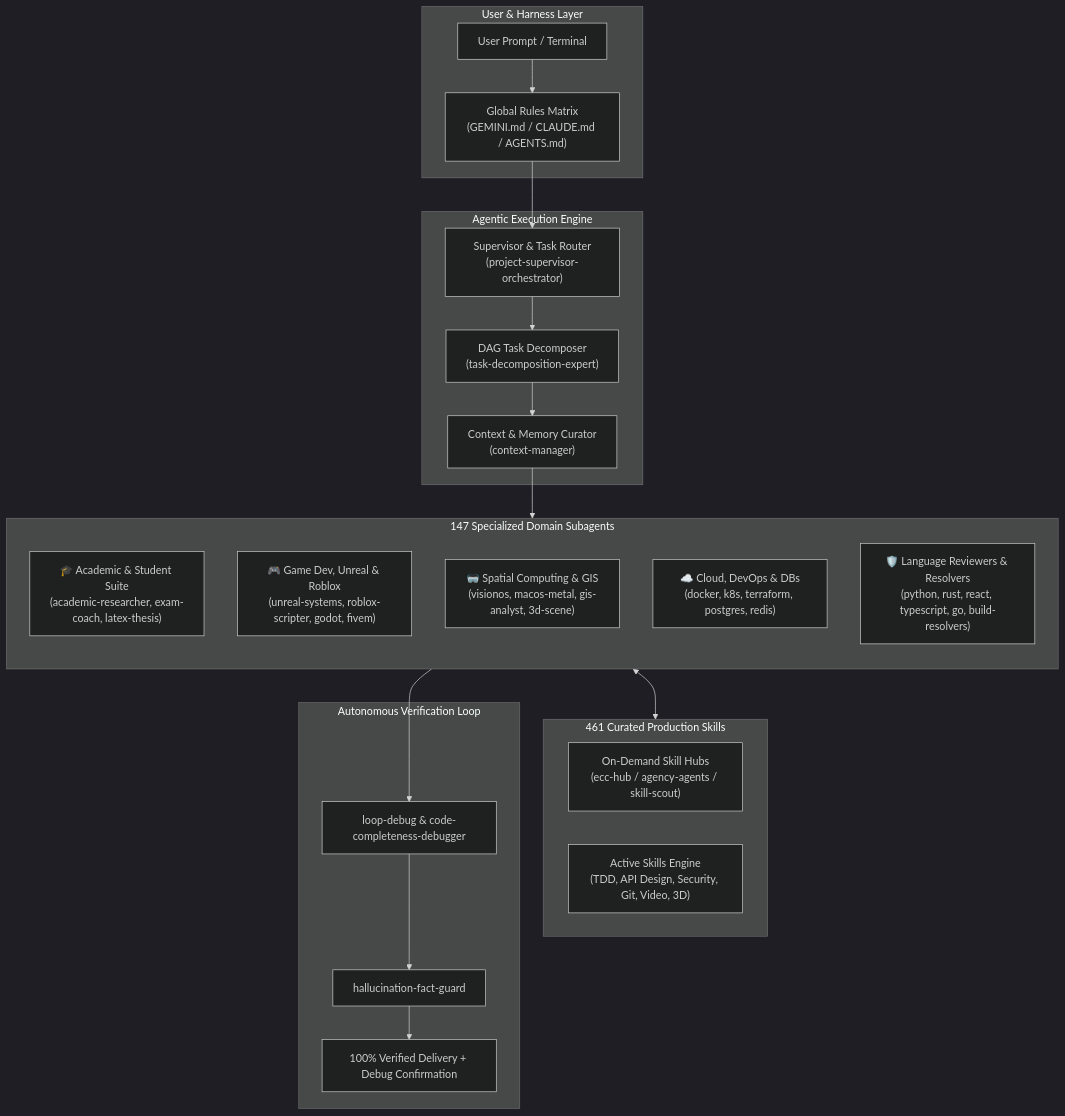
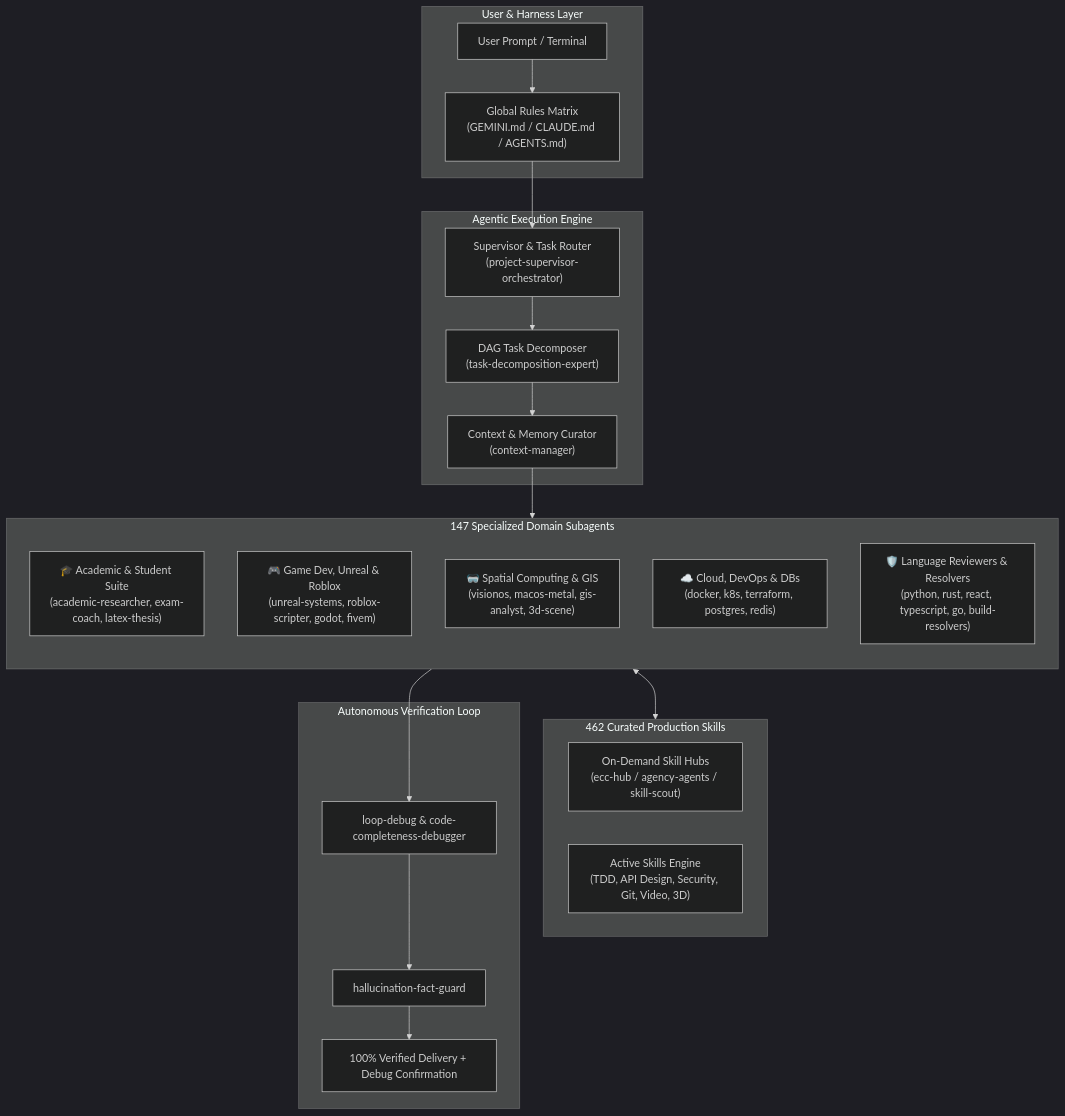
The diagram in README.md (Osama-Alzahrani-UQU/OmniAgentic), drawn with Mermaid (dark theme) before and after one commit. The commit also changed other lines of this file and 18 other files, not shown here.

````diff
--- a/README.md
+++ b/README.md
@@ -130,50 +130,50 @@
 ```mermaid
 flowchart TD
     subgraph UserInterface["User & Harness Layer"]
         CLI["User Prompt / Terminal"]
         Rules["Global Rules Matrix
 (GEMINI.md / CLAUDE.md / AGENTS.md)"]
     end
 
     subgraph CoreEngine["Agentic Execution Engine"]
         Supervisor["Supervisor & Task Router
 (project-supervisor-orchestrator)"]
         Decomposer["DAG Task Decomposer
 (task-decomposition-expert)"]
         ContextMgr["Context & Memory Curator
 (context-manager)"]
     end
 
     subgraph AgentFleet["147 Specialized Domain Subagents"]
         direction TB
         Academic["🎓 Academic & Student Suite
 (academic-researcher, exam-coach, latex-thesis)"]
         GameDev["🎮 Game Dev, Unreal & Roblox
 (unreal-systems, roblox-scripter, godot, fivem)"]
         Spatial["🥽 Spatial Computing & GIS
 (visionos, macos-metal, gis-analyst, 3d-scene)"]
         CloudDB["☁️ Cloud, DevOps & DBs
 (docker, k8s, terraform, postgres, redis)"]
         CodeReview["🛡️ Language Reviewers & Resolvers
 (python, rust, react, typescript, go, build-resolvers)"]
     end
 
-    subgraph SkillsMatrix["461 Curated Production Skills"]
+    subgraph SkillsMatrix["462 Curated Production Skills"]
         SkillsHub["On-Demand Skill Hubs
 (ecc-hub / agency-agents / skill-scout)"]
         ActiveSkills["Active Skills Engine
 (TDD, API Design, Security, Git, Video, 3D)"]
     end
 
     subgraph QualityGate["Autonomous Verification Loop"]
         Verifier["loop-debug & code-completeness-debugger"]
         FactGuard["hallucination-fact-guard"]
         Delivery["100% Verified Delivery + Debug Confirmation"]
     end
 
     CLI --> Rules --> Supervisor
     Supervisor --> Decomposer --> ContextMgr
     ContextMgr --> AgentFleet
     AgentFleet <--> SkillsMatrix
     AgentFleet --> Verifier --> FactGuard --> Delivery
 ```
````
